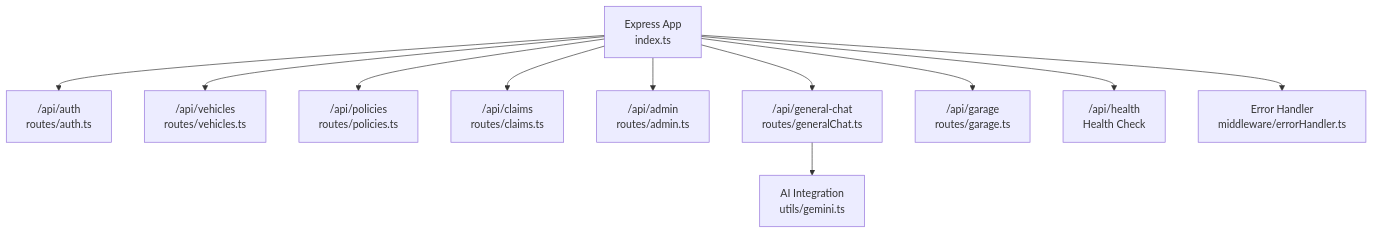
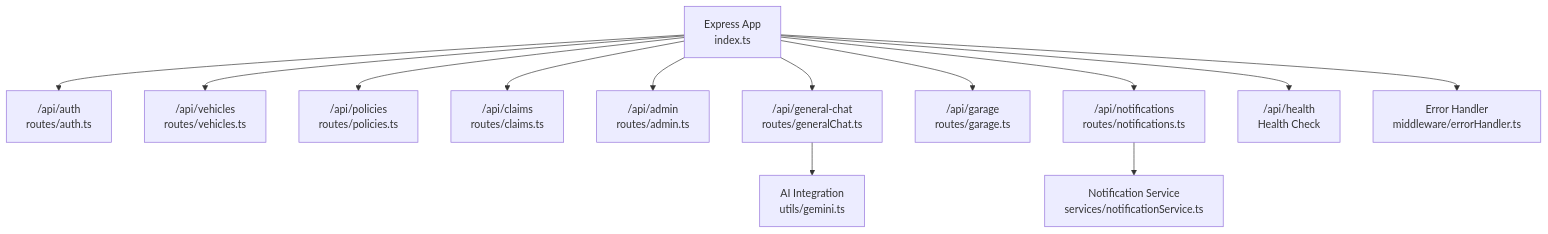
Before and after one commit to NaveenHiranya/Smart-Vehicle-Insurance-Claim-System: the first of 3 diagrams in .qoder/repowiki/en/content/Backend Documentation/API Endpoints Reference/API Endpoints Reference.md, drawn with Mermaid. The commit also changed other lines of this file and 46 other files, not shown here.

````diff
--- a/.qoder/repowiki/en/content/Backend Documentation/API Endpoints Reference/API Endpoints Reference.md
+++ b/.qoder/repowiki/en/content/Backend Documentation/API Endpoints Reference/API Endpoints Reference.md
@@ -45,13 +47,15 @@
 ```mermaid
 graph TB
 A["Express App<br/>index.ts"] --> B["/api/auth<br/>routes/auth.ts"]
 A --> C["/api/vehicles<br/>routes/vehicles.ts"]
 A --> D["/api/policies<br/>routes/policies.ts"]
 A --> E["/api/claims<br/>routes/claims.ts"]
 A --> F["/api/admin<br/>routes/admin.ts"]
 A --> G["/api/general-chat<br/>routes/generalChat.ts"]
 A --> H["/api/garage<br/>routes/garage.ts"]
-A --> I["/api/health<br/>Health Check"]
-A --> J["Error Handler<br/>middleware/errorHandler.ts"]
-G --> K["AI Integration<br/>utils/gemini.ts"]
+A --> I["/api/notifications<br/>routes/notifications.ts"]
+A --> J["/api/health<br/>Health Check"]
+A --> K["Error Handler<br/>middleware/errorHandler.ts"]
+G --> L["AI Integration<br/>utils/gemini.ts"]
+I --> M["Notification Service<br/>services/notificationService.ts"]
 ```
````
